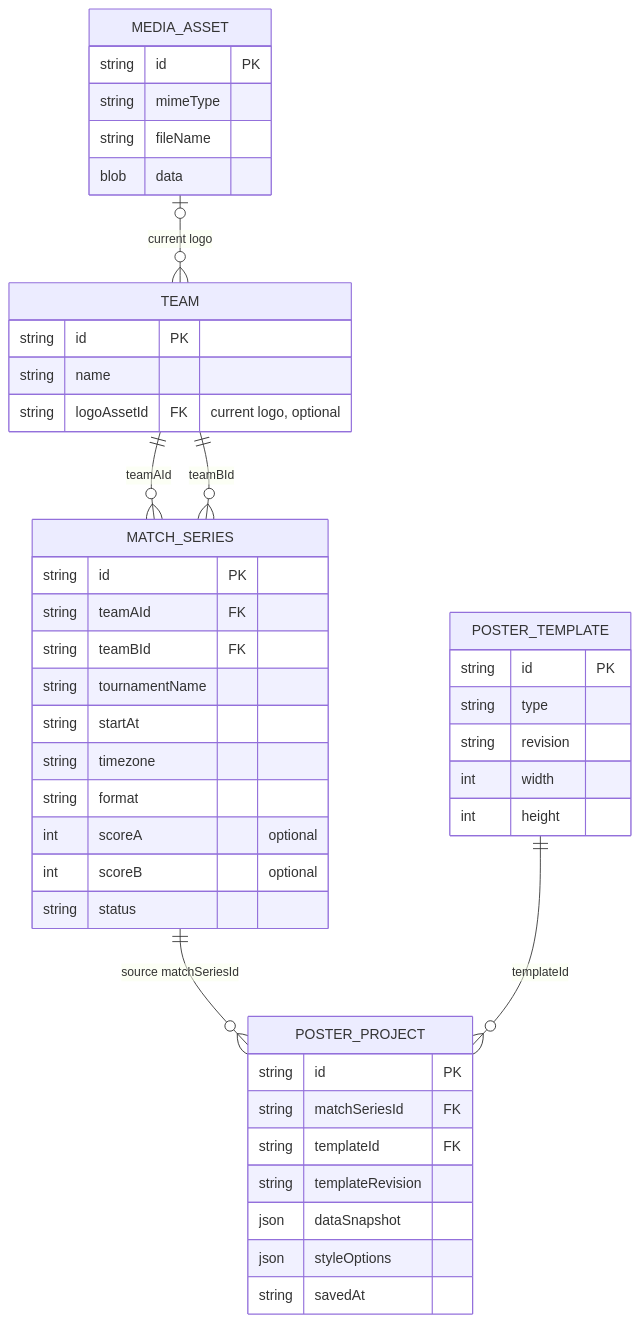
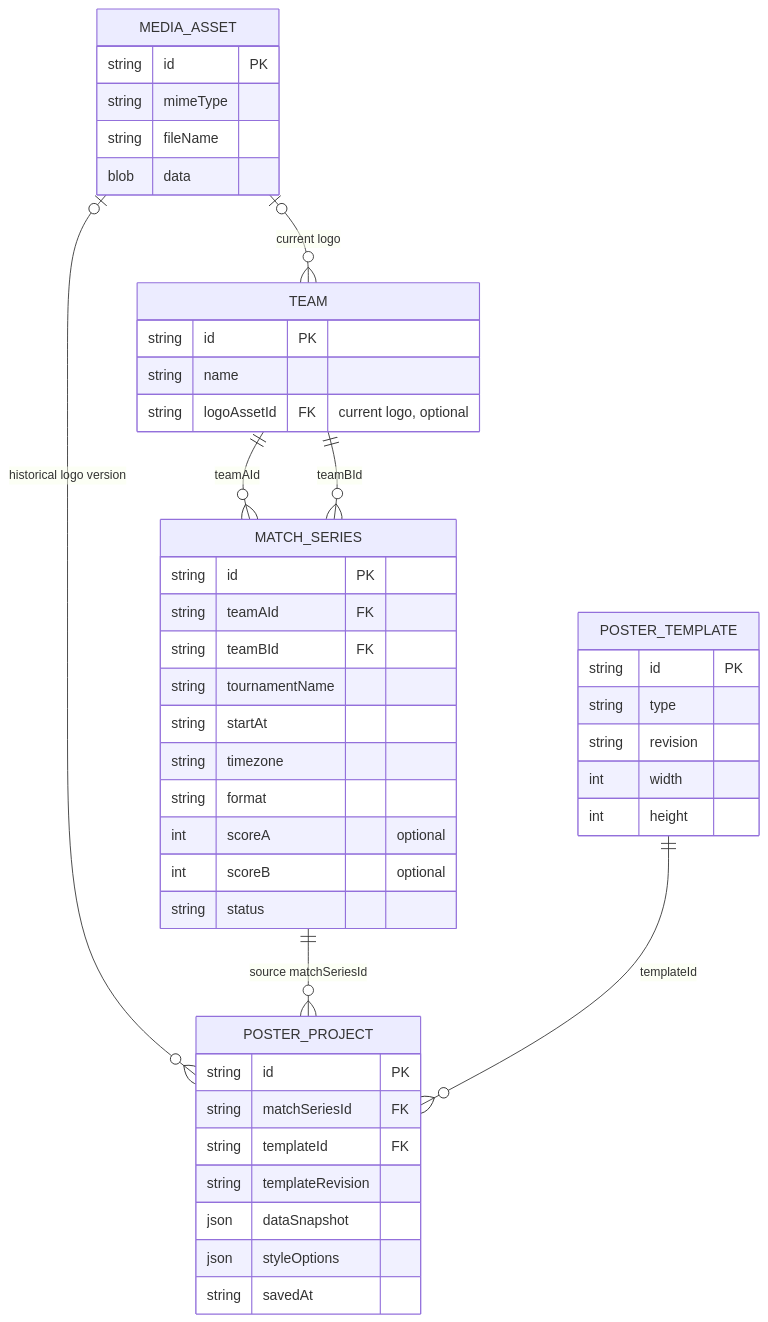
Before and after one commit to qroka/DotaFrame: the diagram in docs/architecture/data-model.md, drawn with Mermaid. The commit also changed other lines of this file, not shown here.

Commit message:
docs: align data model with MVP decisions and media version links

````diff
--- a/docs/architecture/data-model.md
+++ b/docs/architecture/data-model.md
@@ -16,52 +16,53 @@
 ```mermaid
 erDiagram
     TEAM ||--o{ MATCH_SERIES : "teamAId"
     TEAM ||--o{ MATCH_SERIES : "teamBId"
     MEDIA_ASSET o|--o{ TEAM : "current logo"
+    MEDIA_ASSET o|--o{ POSTER_PROJECT : "historical logo version"
     MATCH_SERIES ||--o{ POSTER_PROJECT : "source matchSeriesId"
     POSTER_TEMPLATE ||--o{ POSTER_PROJECT : "templateId"
 
     TEAM {
       string id PK
       string name
       string logoAssetId FK "current logo, optional"
     }
 
     MEDIA_ASSET {
       string id PK
       string mimeType
       string fileName
       blob data
     }
 
     MATCH_SERIES {
       string id PK
       string teamAId FK
       string teamBId FK
       string tournamentName
       string startAt
       string timezone
       string format
       int scoreA "optional"
       int scoreB "optional"
       string status
     }
 
     POSTER_TEMPLATE {
       string id PK
       string type
       string revision
       int width
       int height
     }
 
     POSTER_PROJECT {
       string id PK
       string matchSeriesId FK
       string templateId FK
       string templateRevision
       json dataSnapshot
       json styleOptions
       string savedAt
     }
 ```
````
